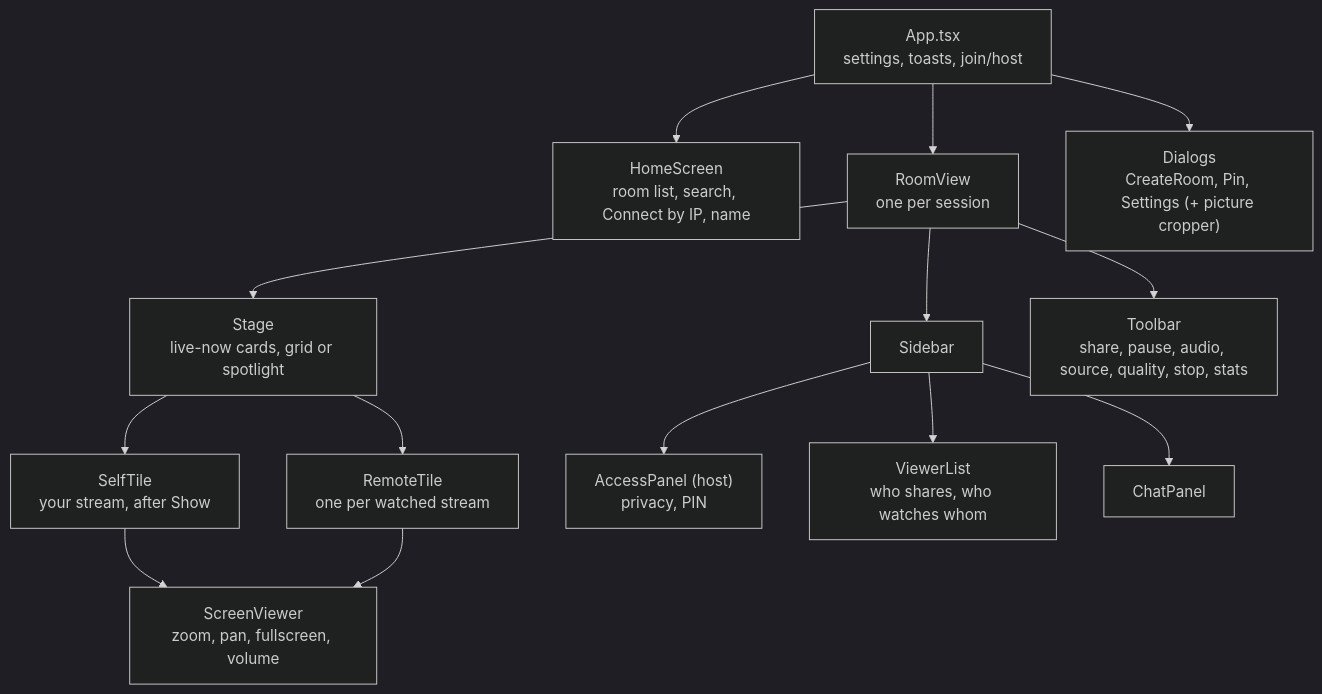
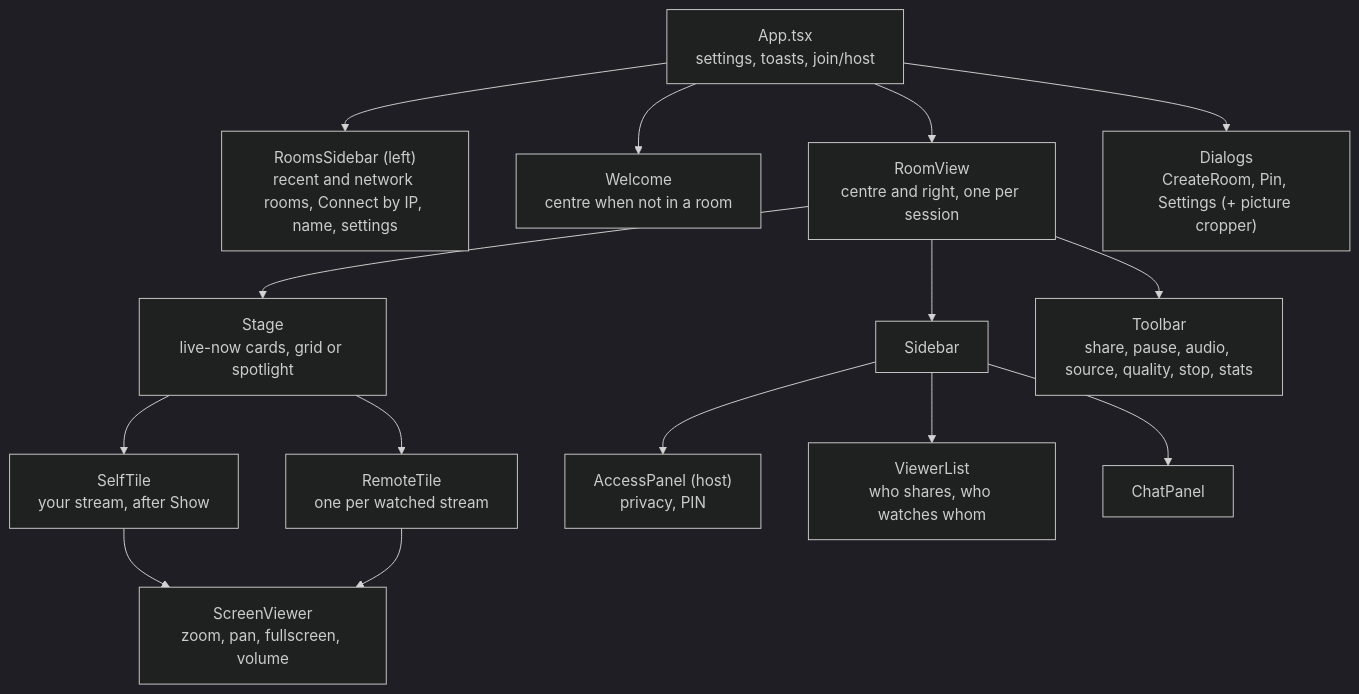
The fifth of 8 diagrams in docs/en-US/architecture.md (nsfxu/lan-screenshare), drawn with Mermaid (dark theme) before and after one commit. The commit also changed other lines of this file and 24 other files, not shown here.

First line of the commit message:
Lay the window out in three columns with a rooms sidebar

````diff
--- a/docs/en-US/architecture.md
+++ b/docs/en-US/architecture.md
@@ -264,17 +264,18 @@
 ```mermaid
 flowchart TB
   App["App.tsx<br/>settings, toasts, join/host"]
-  App --> Home["HomeScreen<br/>room list, search, Connect by IP, name"]
-  App --> Room["RoomView<br/>one per session"]
+  App --> Rooms["RoomsSidebar (left)<br/>recent and network rooms, Connect by IP, name, settings"]
+  App --> Welcome["Welcome<br/>centre when not in a room"]
+  App --> Room["RoomView<br/>centre and right, one per session"]
   App --> Dlg["Dialogs<br/>CreateRoom, Pin, Settings (+ picture cropper)"]
   Room --> Stage["Stage<br/>live-now cards, grid or spotlight"]
   Stage --> Self["SelfTile<br/>your stream, after Show"]
   Stage --> Remote["RemoteTile<br/>one per watched stream"]
   Self --> SV["ScreenViewer<br/>zoom, pan, fullscreen, volume"]
   Remote --> SV
   Room --> Side["Sidebar"]
   Side --> Access["AccessPanel (host)<br/>privacy, PIN"]
   Side --> People["ViewerList<br/>who shares, who watches whom"]
   Side --> Chat["ChatPanel"]
   Room --> Toolbar["Toolbar<br/>share, pause, audio, source, quality, stop, stats"]
 ```
````
